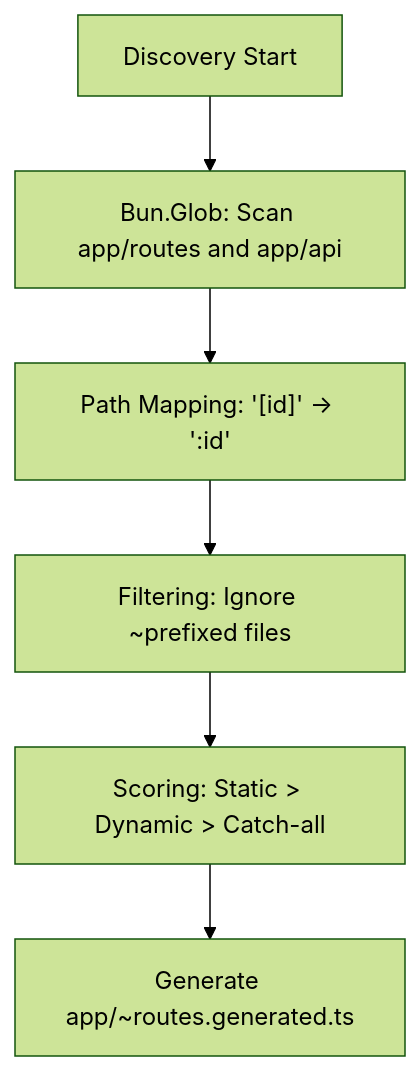
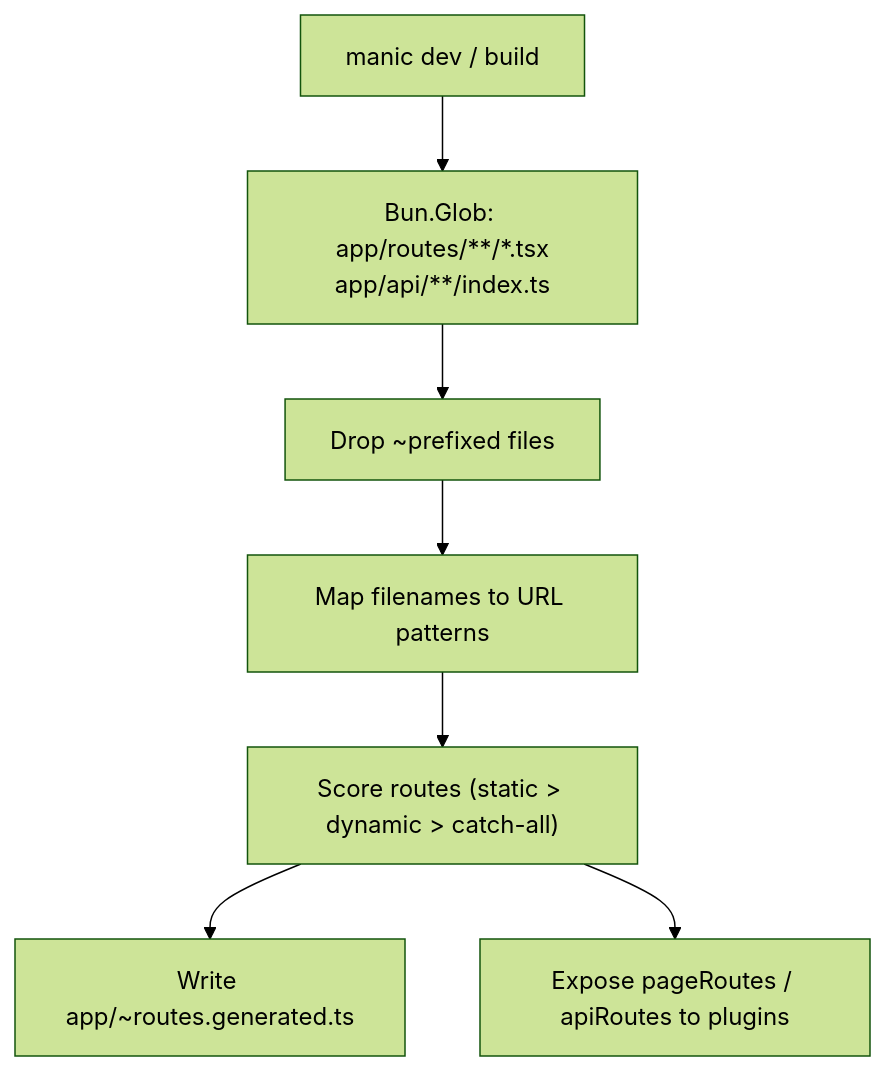
Before and after one commit to manic-js/docs: the diagram in content/docs/core/discovery-engine.mdx, drawn with Mermaid (forest theme). The commit also changed other lines of this file and 54 other files, not shown here.

````diff
--- a/content/docs/core/discovery-engine.mdx
+++ b/content/docs/core/discovery-engine.mdx
@@ -12,8 +45,9 @@
 ```mermaid
 graph TD
-  Start["Discovery Start"] --> Glob["Bun.Glob: Scan app/routes and app/api"]
-  Glob --> Mapping["Path Mapping: '[id]' -> ':id'"]
-  Mapping --> Filter["Filtering: Ignore ~prefixed files"]
-  Filter --> Scoring["Scoring: Static > Dynamic > Catch-all"]
-  Scoring --> Manifest["Generate app/~routes.generated.ts"]
+  Start["manic dev / build"] --> Glob["Bun.Glob: app/routes/**/*.tsx<br/>app/api/**/index.ts"]
+  Glob --> Filter["Drop ~prefixed files"]
+  Filter --> Map["Map filenames to URL patterns"]
+  Map --> Score["Score routes (static > dynamic > catch-all)"]
+  Score --> Manifest["Write app/~routes.generated.ts"]
+  Score --> Context["Expose pageRoutes / apiRoutes to plugins"]
 ```
````
